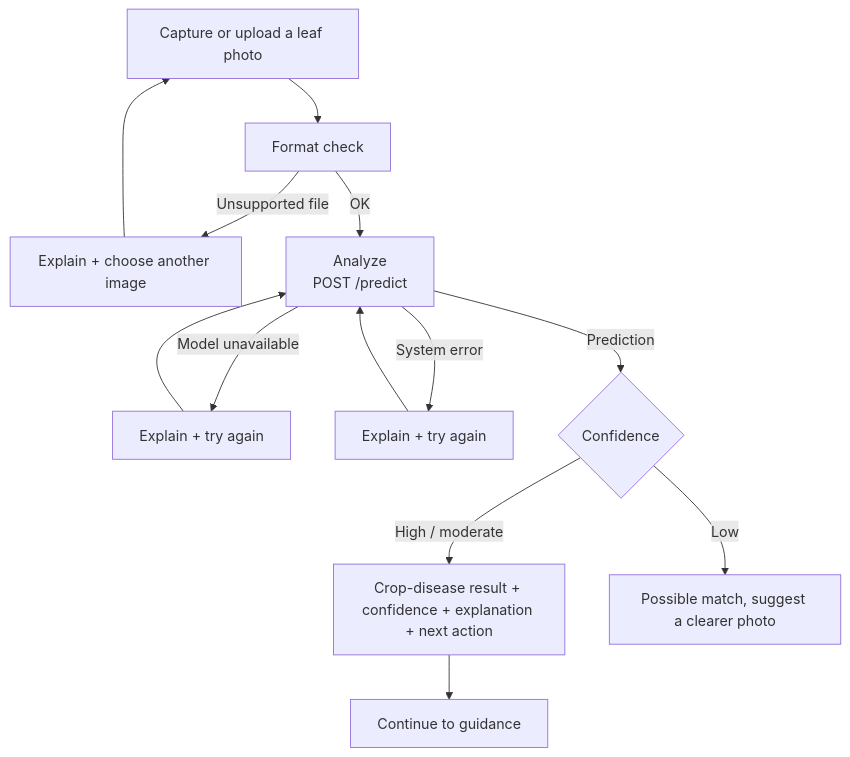
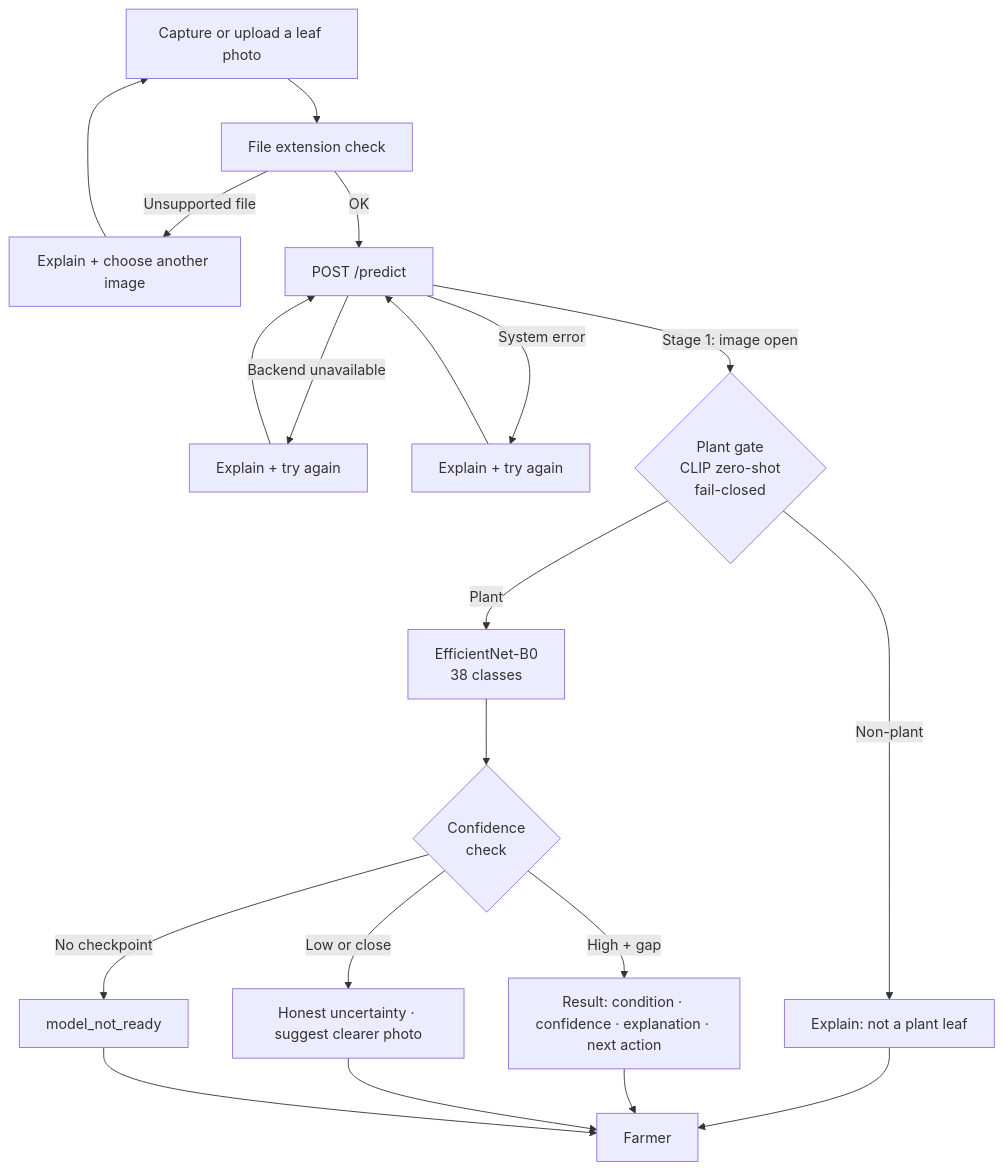
Before and after one commit to DhairyaChangela/AgriSmart-AI: the third of 4 diagrams in README.md, drawn with Mermaid. The commit also changed other lines of this file, not shown here.

````diff
--- a/README.md
+++ b/README.md
@@ -74,15 +96,22 @@
 ```mermaid
 flowchart TD
-    Capture[Capture or upload a leaf photo] --> Check[Format check]
+    Capture[Capture or upload a leaf photo] --> Check[File extension check]
     Check -->|Unsupported file| RetryFile[Explain + choose another image]
     RetryFile --> Capture
-    Check -->|OK| Analyze[Analyze<br/>POST /predict]
-    Analyze -->|Model unavailable| Unavail[Explain + try again]
+    Check -->|OK| Analyze[POST /predict]
+    Analyze -->|Backend unavailable| Unavail[Explain + try again]
     Analyze -->|System error| Fail[Explain + try again]
     Unavail --> Analyze
     Fail --> Analyze
-    Analyze -->|Prediction| Conf{Confidence}
-    Conf -->|High / moderate| Result[Crop-disease result + confidence + explanation + next action]
-    Conf -->|Low| LowResult[Possible match, suggest a clearer photo]
-    Result --> Act[Continue to guidance]
+    Analyze -->|Stage 1: image open| Gate{Plant gate<br/>CLIP zero-shot<br/>fail-closed}
+    Gate -->|Non-plant| Rejected[Explain: not a plant leaf]
+    Gate -->|Plant| Classifier[EfficientNet-B0<br/>38 classes]
+    Classifier --> Decision{Confidence<br/>check}
+    Decision -->|High + gap| Accepted[Result: condition · confidence · explanation · next action]
+    Decision -->|Low or close| Uncertain[Honest uncertainty · suggest clearer photo]
+    Decision -->|No checkpoint| Ready[model_not_ready]
+    Rejected --> Farmer[Farmer]
+    Accepted --> Farmer
+    Uncertain --> Farmer
+    Ready --> Farmer
 ```
````
